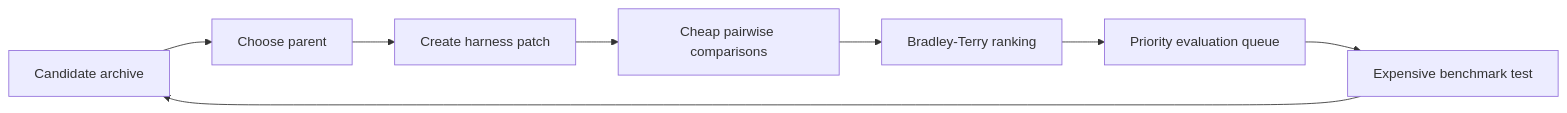
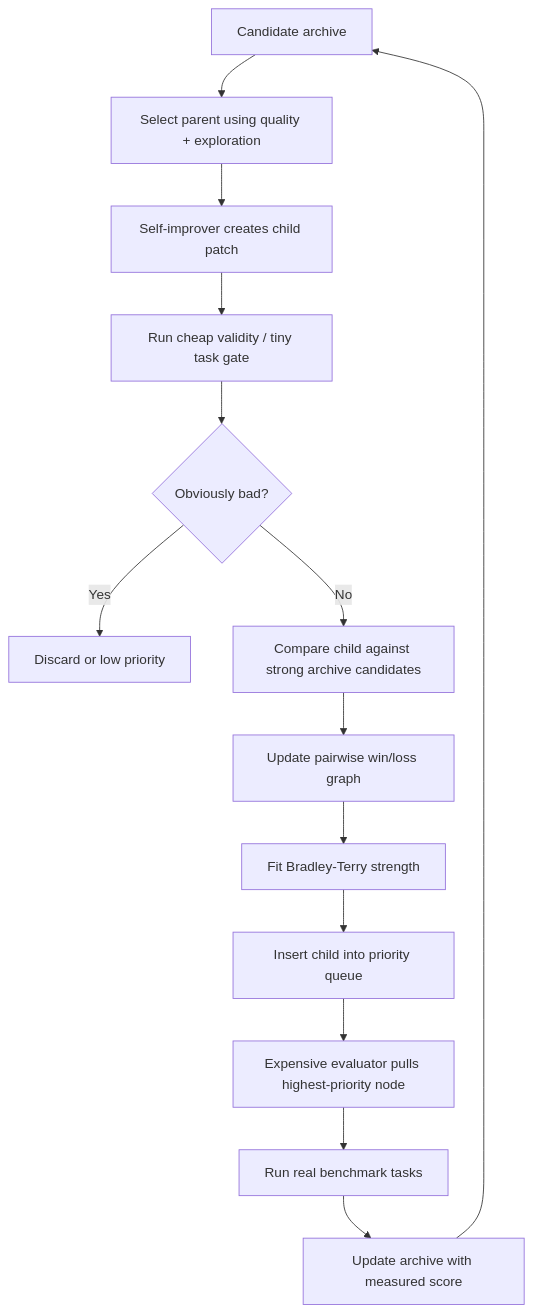
The diagram in _analyses/2609.19526.md (ShadowKingYT444/harness-papers-daily), drawn with Mermaid before and after one commit. The commit also changed other lines of this file and 37 other files, not shown here.

````diff
--- a/_analyses/2609.19526.md
+++ b/_analyses/2609.19526.md
@@ -22,10 +43,16 @@
-```mermaid
-flowchart LR
-    A[Candidate archive] --> B[Choose parent]
-    B --> C[Create harness patch]
-    C --> D[Cheap pairwise comparisons]
-    D --> E[Bradley-Terry ranking]
-    E --> F[Priority evaluation queue]
-    F --> G[Expensive benchmark test]
-    G --> A
-```
+~~~mermaid
+flowchart TD
+    A["Candidate archive"] --> B["Select parent using quality + exploration"]
+    B --> C["Self-improver creates child patch"]
+    C --> D["Run cheap validity / tiny task gate"]
+    D --> E{"Obviously bad?"}
+    E -- "Yes" --> F["Discard or low priority"]
+    E -- "No" --> G["Compare child against strong archive candidates"]
+    G --> H["Update pairwise win/loss graph"]
+    H --> I["Fit Bradley-Terry strength"]
+    I --> J["Insert child into priority queue"]
+    J --> K["Expensive evaluator pulls highest-priority node"]
+    K --> L["Run real benchmark tasks"]
+    L --> M["Update archive with measured score"]
+    M --> A
+~~~
````
